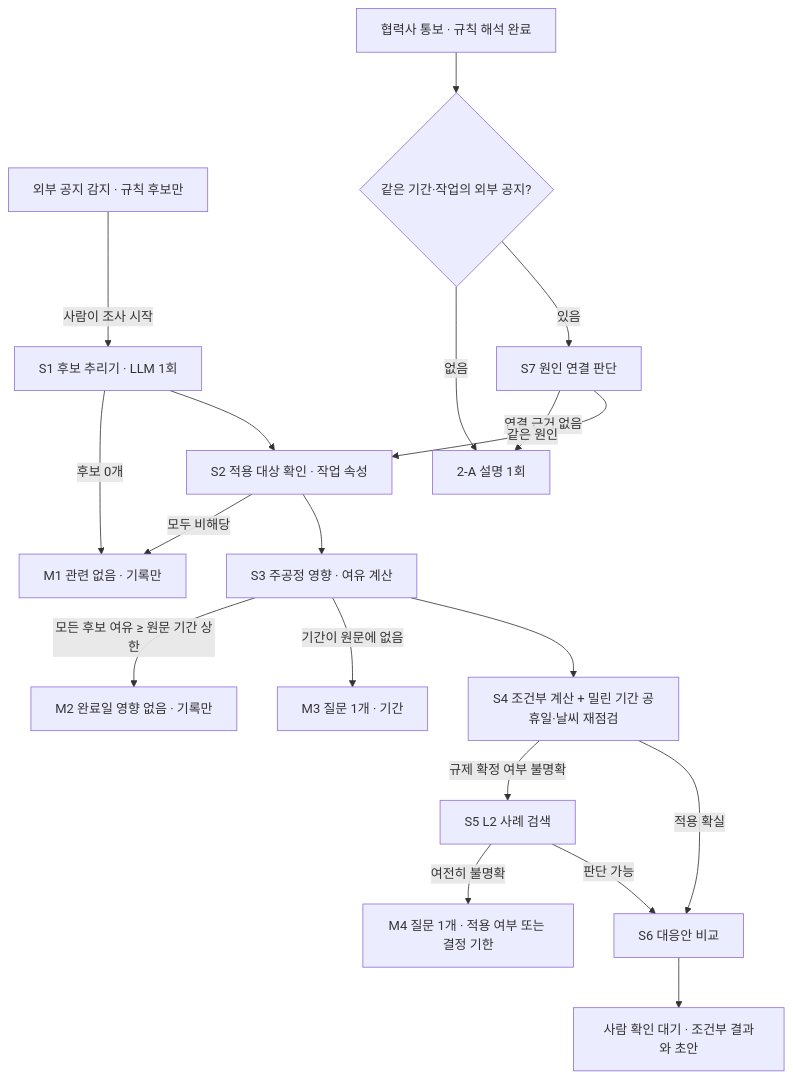
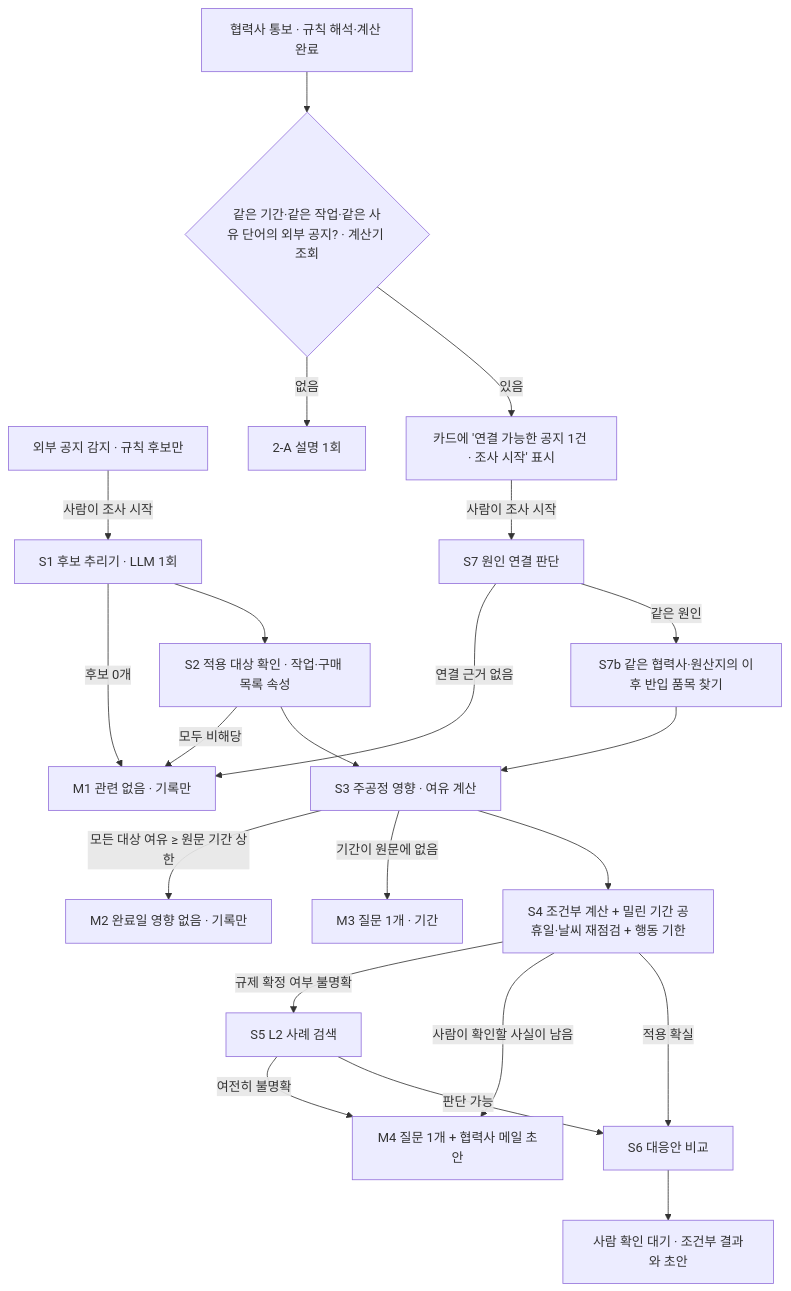
The diagram in docs/AGENT_LOOP_DESIGN.md (angellashin/ai-innovators-challenge), drawn with Mermaid before and after one commit. The commit also changed other lines of this file and 1 other file, not shown here.

````diff
--- a/docs/AGENT_LOOP_DESIGN.md
+++ b/docs/AGENT_LOOP_DESIGN.md
@@ -26,21 +29,24 @@
 ```mermaid
 flowchart TD
     D[외부 공지 감지 · 규칙 후보만] -->|사람이 조사 시작| S1[S1 후보 추리기 · LLM 1회]
     S1 -->|후보 0개| M1[M1 관련 없음 · 기록만]
-    S1 --> S2[S2 적용 대상 확인 · 작업 속성]
+    S1 --> S2[S2 적용 대상 확인 · 작업·구매 목록 속성]
     S2 -->|모두 비해당| M1
     S2 --> S3[S3 주공정 영향 · 여유 계산]
-    S3 -->|모든 후보 여유 ≥ 원문 기간 상한| M2[M2 완료일 영향 없음 · 기록만]
+    S3 -->|모든 대상 여유 ≥ 원문 기간 상한| M2[M2 완료일 영향 없음 · 기록만]
     S3 -->|기간이 원문에 없음| M3[M3 질문 1개 · 기간]
-    S3 --> S4[S4 조건부 계산 + 밀린 기간 공휴일·날씨 재점검]
+    S3 --> S4[S4 조건부 계산 + 밀린 기간 공휴일·날씨 재점검 + 행동 기한]
     S4 -->|규제 확정 여부 불명확| S5[S5 L2 사례 검색]
-    S5 -->|여전히 불명확| M4[M4 질문 1개 · 적용 여부 또는 결정 기한]
+    S5 -->|여전히 불명확| M4[M4 질문 1개 + 협력사 메일 초안]
+    S4 -->|사람이 확인할 사실이 남음| M4
     S4 -->|적용 확실| S6[S6 대응안 비교]
     S5 -->|판단 가능| S6
     S6 --> E[사람 확인 대기 · 조건부 결과와 초안]
-    N[협력사 통보 · 규칙 해석 완료] --> R{같은 기간·작업의 외부 공지?}
+    N[협력사 통보 · 규칙 해석·계산 완료] --> R{같은 기간·같은 작업·같은 사유 단어의 외부 공지? · 계산기 조회}
     R -->|없음| X[2-A 설명 1회]
-    R -->|있음| S7[S7 원인 연결 판단]
-    S7 -->|연결 근거 없음| X
-    S7 -->|같은 원인| S2
+    R -->|있음| B[카드에 '연결 가능한 공지 1건 · 조사 시작' 표시]
+    B -->|사람이 조사 시작| S7[S7 원인 연결 판단]
+    S7 -->|연결 근거 없음| M1
+    S7 -->|같은 원인| P[S7b 같은 협력사·원산지의 이후 반입 품목 찾기]
+    P --> S3
 ```
````
